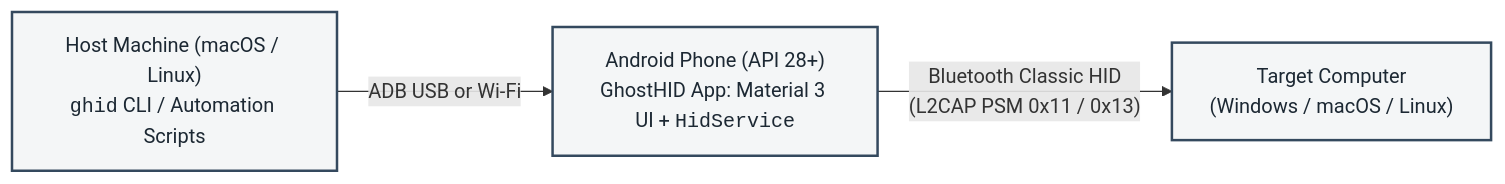
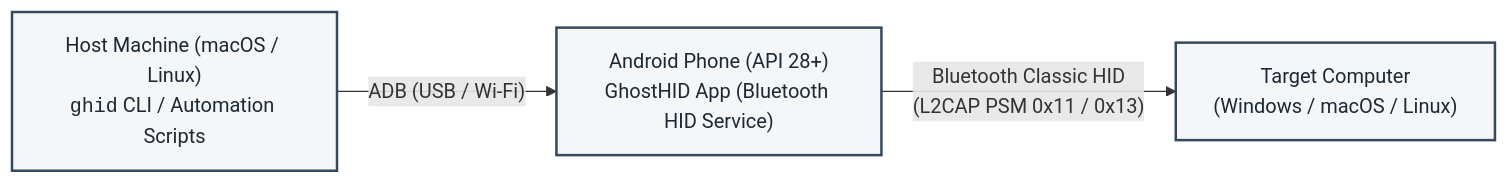
The diagram in README.md (ShubhamJ010/ghid-cli), drawn with Mermaid before and after one commit. The commit also changed other lines of this file and 14 other files, not shown here.

Commit message:
chore: migrate module to ghid-cli and unslop documentation

````diff
--- a/README.md
+++ b/README.md
@@ -9,8 +7,8 @@
 ```mermaid
 flowchart LR
-    Host["Host Machine (macOS / Linux)<br/><code>ghid</code> CLI / Automation Scripts"] -- ADB USB or Wi-Fi --> Phone["Android Phone (API 28+)<br/>GhostHID App: Material 3 UI + <code>HidService</code>"]
+    Host["Host Machine (macOS / Linux)<br/><code>ghid</code> CLI / Automation Scripts"] -- ADB (USB / Wi-Fi) --> Phone["Android Phone (API 28+)<br/>GhostHID App (Bluetooth HID Service)"]
     Phone -- Bluetooth Classic HID<br/>(L2CAP PSM 0x11 / 0x13) --> Target["Target Computer<br/>(Windows / macOS / Linux)"]
 
     classDef node fill:#F4F6F7,stroke:#34495E,stroke-width:2px,color:#1C2833
     class Host,Phone,Target node
 ```
````
